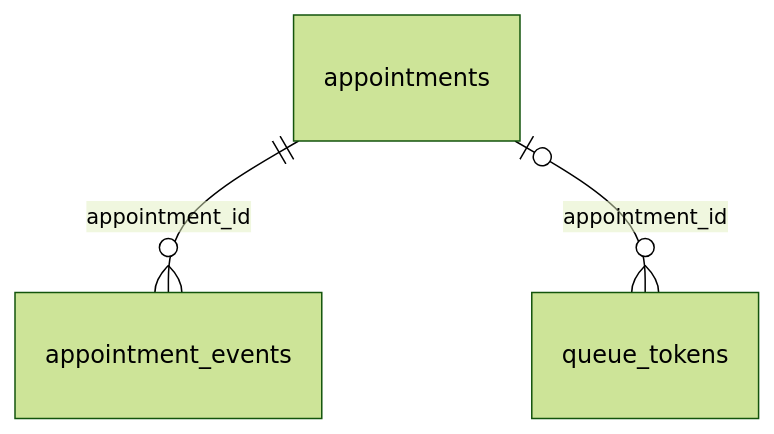
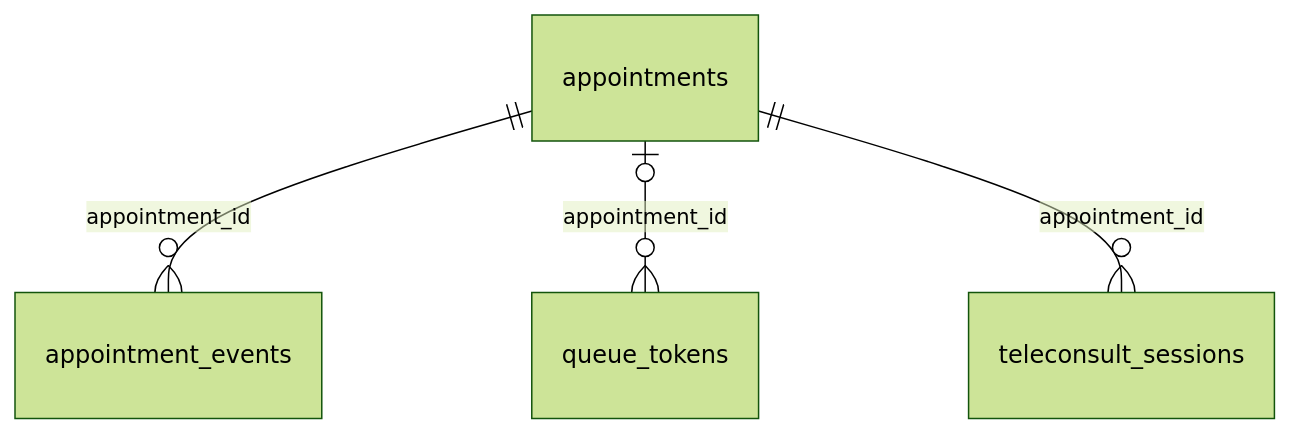
One commit to sakalyatechnologies/aarogyam changed the sixth of 13 diagrams in docs/database.md. Above: the diagram before and after it, drawn with Mermaid (forest theme). The commit also changed other lines of this file and 5 other files, not shown here.

````diff
--- a/docs/database.md
+++ b/docs/database.md
@@ -829,5 +829,6 @@
 ```mermaid
 erDiagram
   appointments ||--o{ appointment_events : "appointment_id"
   appointments |o--o{ queue_tokens : "appointment_id"
+  appointments ||--o{ teleconsult_sessions : "appointment_id"
 ```
````
